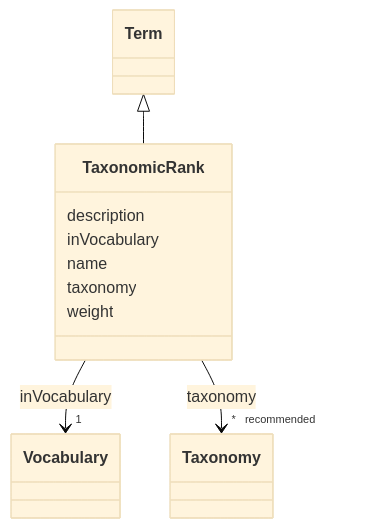
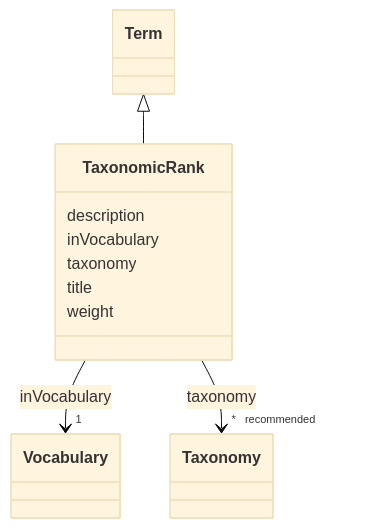
Before and after one commit to EVORA-project/evora-ontology: the diagram in models/docs/TaxonomicRank.md, drawn with Mermaid (base theme). The commit also changed other lines of this file and 435 other files, not shown here.

````diff
--- a/models/docs/TaxonomicRank.md
+++ b/models/docs/TaxonomicRank.md
@@ -19,33 +19,33 @@
 ```mermaid
  classDiagram
     class TaxonomicRank
     click TaxonomicRank href "../TaxonomicRank"
       Term <|-- TaxonomicRank
         click Term href "../Term"
       
       TaxonomicRank : description
         
       TaxonomicRank : inVocabulary
         
           
     
     
     TaxonomicRank --> "1" Vocabulary : inVocabulary
     click Vocabulary href "../Vocabulary"
 
         
-      TaxonomicRank : name
-        
       TaxonomicRank : taxonomy
         
           
     
     
     TaxonomicRank --> "* _recommended_" Taxonomy : taxonomy
     click Taxonomy href "../Taxonomy"
 
         
+      TaxonomicRank : title
+        
       TaxonomicRank : weight
         
       
 ```
````
